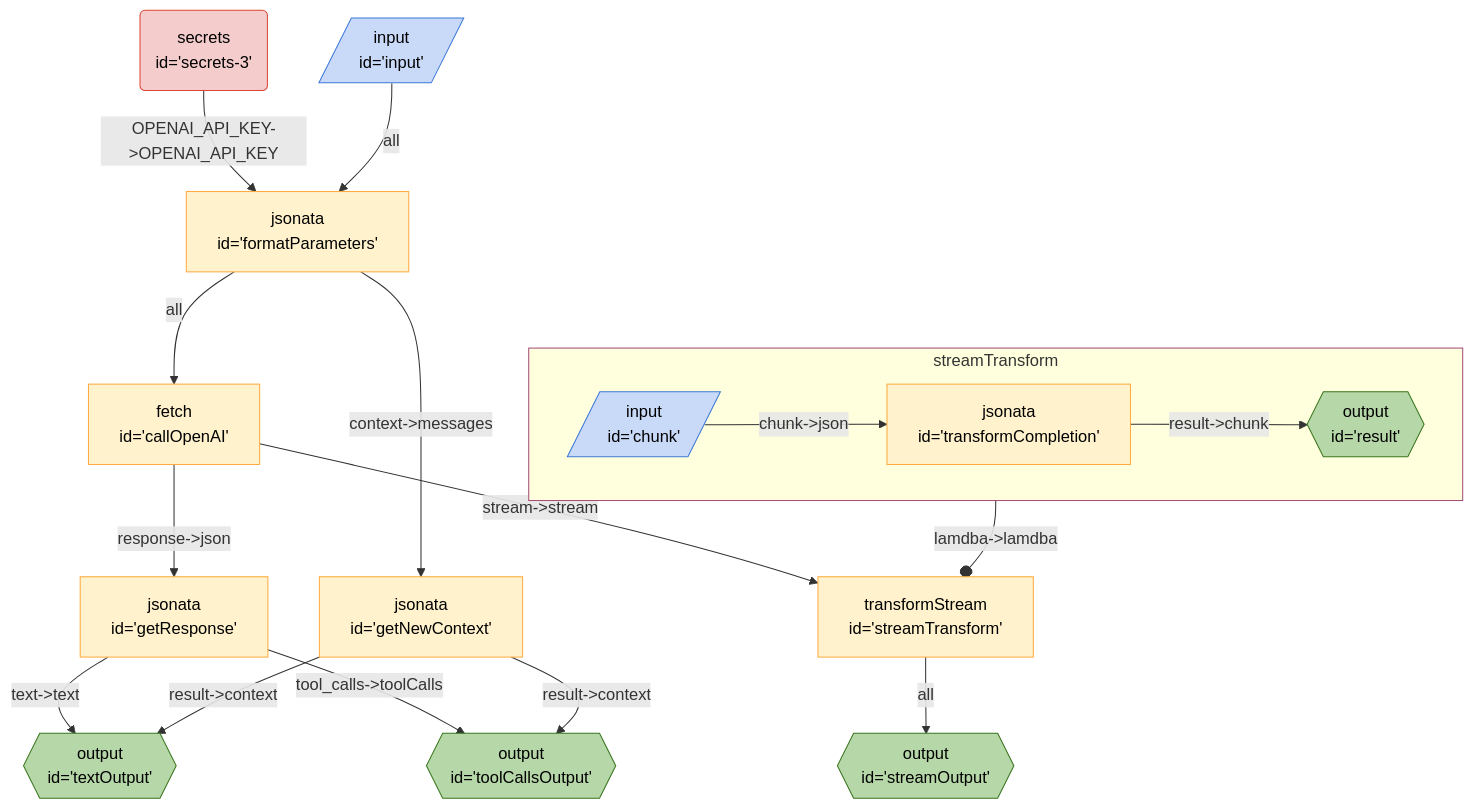
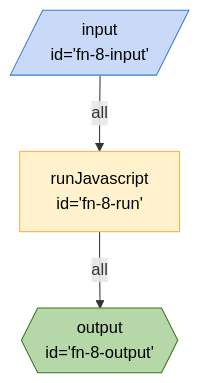
One commit to breadboard-ai/breadboard changed the diagram in packages/breadboard-web/docs/graphs/openai-gpt-35-turbo.md. Above: the diagram before and after it, drawn with Mermaid. The commit also changed 43 other files, not shown here.

````diff
--- a/packages/breadboard-web/docs/graphs/openai-gpt-35-turbo.md
+++ b/packages/breadboard-web/docs/graphs/openai-gpt-35-turbo.md
@@ -3,29 +3,14 @@
 ```mermaid
 %%{init: 'themeVariables': { 'fontFamily': 'Fira Code, monospace' }}%%
 graph TD;
-streamTransform["transformStream <br> id='streamTransform'"] -- all --> streamOutput{{"output <br> id='streamOutput'"}}:::output
-subgraph sg_streamTransform [streamTransform]
-streamTransform_transformCompletion["jsonata <br> id='transformCompletion'"] -- "result->chunk" --> streamTransform_result{{"output <br> id='result'"}}:::output
-streamTransform_chunk[/"input <br> id='chunk'"/]:::input -- "chunk->json" --> streamTransform_transformCompletion["jsonata <br> id='transformCompletion'"]
-end
-sg_streamTransform:::slotted -- "lamdba->lamdba" --o streamTransform
-
-callOpenAI["fetch <br> id='callOpenAI'"] -- "response->json" --> getResponse["jsonata <br> id='getResponse'"]
-callOpenAI["fetch <br> id='callOpenAI'"] -- "stream->stream" --> streamTransform["transformStream <br> id='streamTransform'"]
-formatParameters["jsonata <br> id='formatParameters'"] -- all --> callOpenAI["fetch <br> id='callOpenAI'"]
-formatParameters["jsonata <br> id='formatParameters'"] -- "context->messages" --> getNewContext["jsonata <br> id='getNewContext'"]
-getResponse["jsonata <br> id='getResponse'"] -- "text->text" --> textOutput{{"output <br> id='textOutput'"}}:::output
-getResponse["jsonata <br> id='getResponse'"] -- "tool_calls->toolCalls" --> toolCallsOutput{{"output <br> id='toolCallsOutput'"}}:::output
-secrets3("secrets <br> id='secrets-3'"):::secrets -- "OPENAI_API_KEY->OPENAI_API_KEY" --> formatParameters["jsonata <br> id='formatParameters'"]
-input[/"input <br> id='input'"/]:::input -- all --> formatParameters["jsonata <br> id='formatParameters'"]
-getNewContext["jsonata <br> id='getNewContext'"] -- "result->context" --> textOutput{{"output <br> id='textOutput'"}}:::output
-getNewContext["jsonata <br> id='getNewContext'"] -- "result->context" --> toolCallsOutput{{"output <br> id='toolCallsOutput'"}}:::output
+fn8input[/"input <br> id='fn-8-input'"/]:::input -- all --> fn8run["runJavascript <br> id='fn-8-run'"]
+fn8run["runJavascript <br> id='fn-8-run'"] -- all --> fn8output{{"output <br> id='fn-8-output'"}}:::output
 classDef default stroke:#ffab40,fill:#fff2ccff,color:#000
 classDef input stroke:#3c78d8,fill:#c9daf8ff,color:#000
 classDef output stroke:#38761d,fill:#b6d7a8ff,color:#000
 classDef passthrough stroke:#a64d79,fill:#ead1dcff,color:#000
 classDef slot stroke:#a64d79,fill:#ead1dcff,color:#000
 classDef config stroke:#a64d79,fill:#ead1dcff,color:#000
 classDef secrets stroke:#db4437,fill:#f4cccc,color:#000
 classDef slotted stroke:#a64d79
 ```
````
